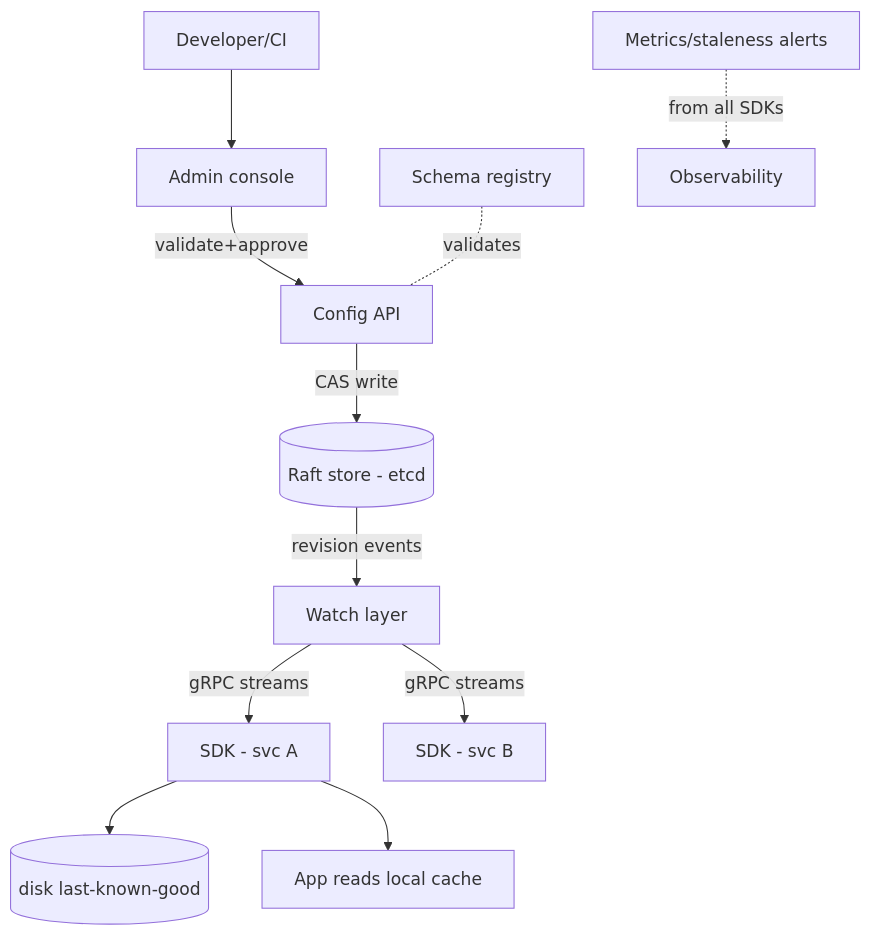
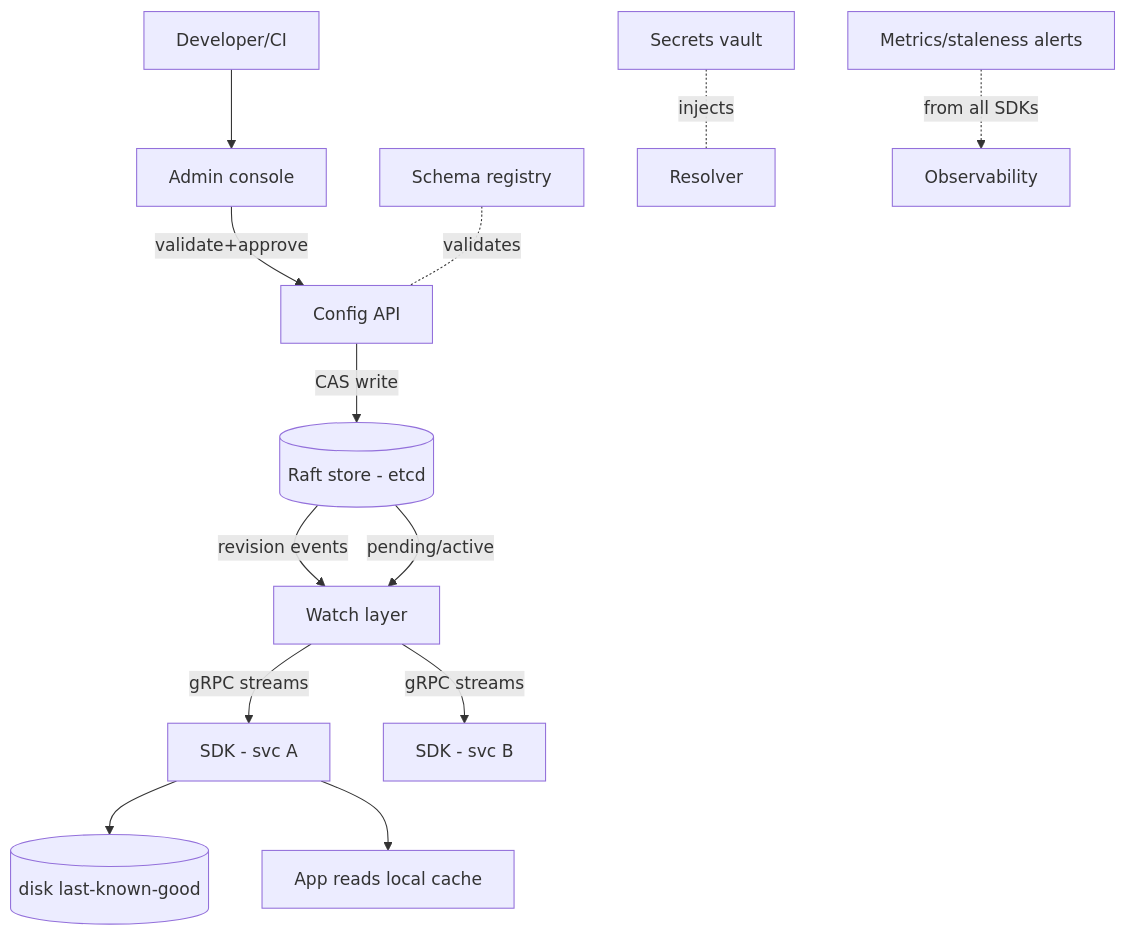
Before and after one commit to abhishekghoshh/system-design-helper: the second of 18 diagrams in docs/system-design/high-level/designing/advanced/distributed-configuration-management-system.md, drawn with Mermaid. The commit also changed other lines of this file and 107 other files, not shown here.

````diff
--- a/docs/system-design/high-level/designing/advanced/distributed-configuration-management-system.md
+++ b/docs/system-design/high-level/designing/advanced/distributed-configuration-management-system.md
@@ -135,13 +180,15 @@
 ```mermaid
 flowchart TB
     DEV[Developer/CI] --> ADMIN[Admin console]
     ADMIN -->|validate+approve| API[Config API]
     API -->|CAS write| STORE[(Raft store - etcd)]
     STORE -->|revision events| WATCH[Watch layer]
     WATCH -->|gRPC streams| SDK1[SDK - svc A]
     WATCH -->|gRPC streams| SDK2[SDK - svc B]
     SCHEMA[Schema registry] -.validates.- API
+    VAULT[Secrets vault] -.injects.- RES[Resolver]
+    STORE -->|pending/active| WATCH
     SDK1 --> SNAP[(disk last-known-good)]
     SDK1 --> APP1[App reads local cache]
     MON[Metrics/staleness alerts] -.from all SDKs.-> GRAF[Observability]
 ```
````
